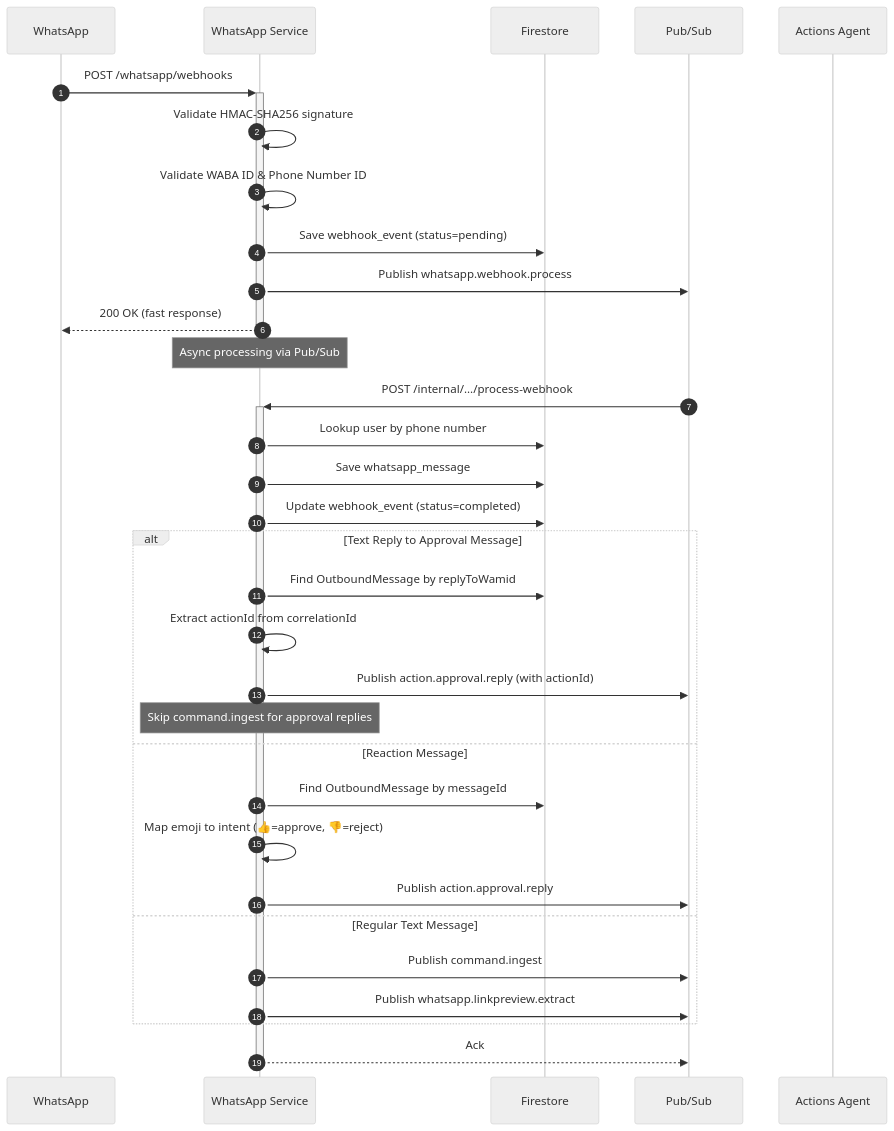
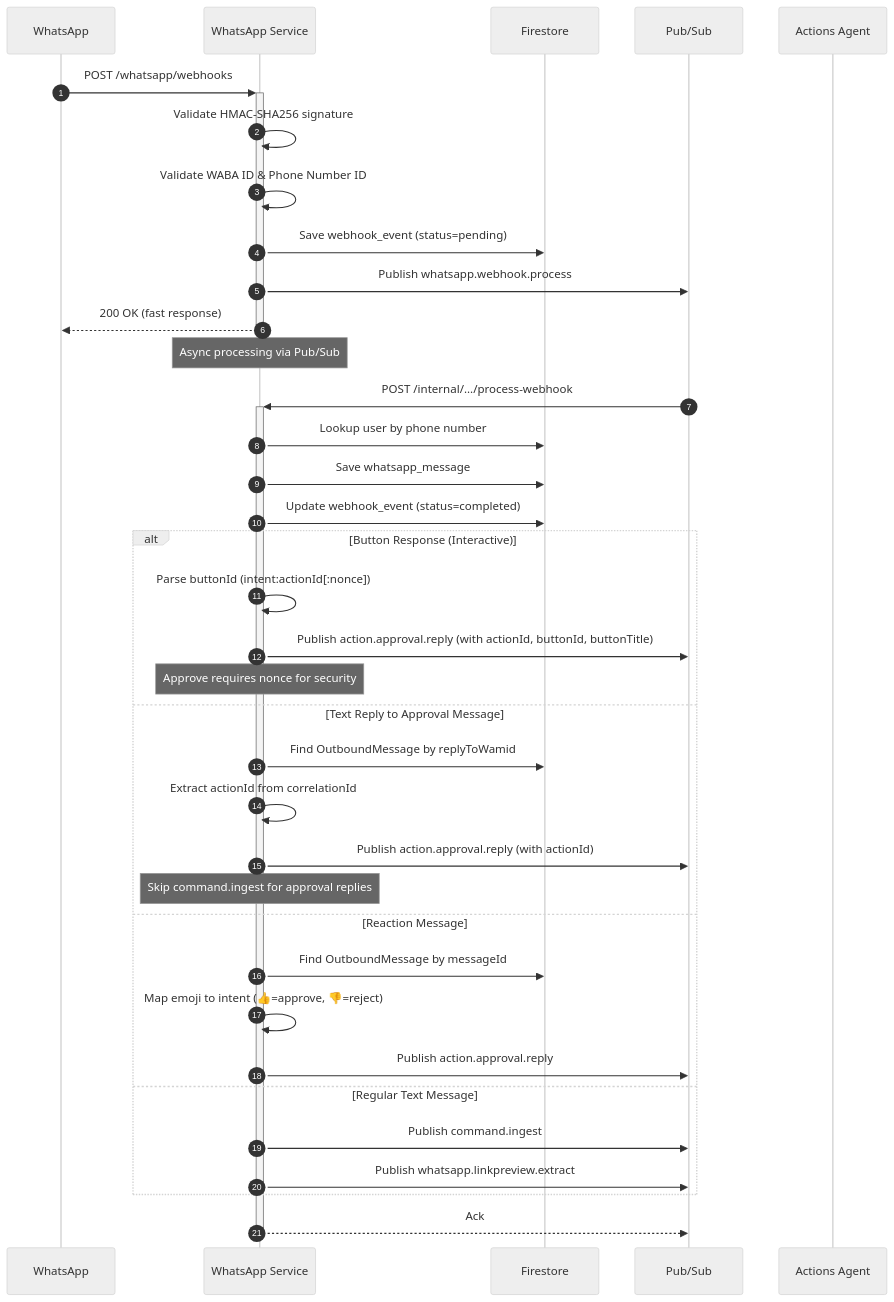
One commit to pbuchman/intexuraos changed the second of 3 diagrams in docs/services/whatsapp-service/technical.md. Above: the diagram before and after it, drawn with Mermaid (neutral theme). The commit also changed other lines of this file and 214 other files, not shown here.

````diff
--- a/docs/services/whatsapp-service/technical.md
+++ b/docs/services/whatsapp-service/technical.md
@@ -34,39 +35,43 @@
 ```mermaid
 sequenceDiagram
     autonumber
     participant WA as WhatsApp
     participant WS as WhatsApp Service
     participant FS as Firestore
     participant PS as Pub/Sub
     participant AA as Actions Agent
 
     WA->>+WS: POST /whatsapp/webhooks
     WS->>WS: Validate HMAC-SHA256 signature
     WS->>WS: Validate WABA ID & Phone Number ID
     WS->>FS: Save webhook_event (status=pending)
     WS->>PS: Publish whatsapp.webhook.process
     WS-->>-WA: 200 OK (fast response)
 
     Note over WS: Async processing via Pub/Sub
 
     PS->>+WS: POST /internal/.../process-webhook
     WS->>FS: Lookup user by phone number
     WS->>FS: Save whatsapp_message
     WS->>FS: Update webhook_event (status=completed)
 
-    alt Text Reply to Approval Message
+    alt Button Response (Interactive)
+        WS->>WS: Parse buttonId (intent:actionId[:nonce])
+        WS->>PS: Publish action.approval.reply (with actionId, buttonId, buttonTitle)
+        Note over WS: Approve requires nonce for security
+    else Text Reply to Approval Message
         WS->>FS: Find OutboundMessage by replyToWamid
         WS->>WS: Extract actionId from correlationId
         WS->>PS: Publish action.approval.reply (with actionId)
         Note over WS: Skip command.ingest for approval replies
     else Reaction Message
         WS->>FS: Find OutboundMessage by messageId
         WS->>WS: Map emoji to intent (👍=approve, 👎=reject)
         WS->>PS: Publish action.approval.reply
     else Regular Text Message
         WS->>PS: Publish command.ingest
         WS->>PS: Publish whatsapp.linkpreview.extract
     end
 
     WS-->>-PS: Ack
 ```
````
